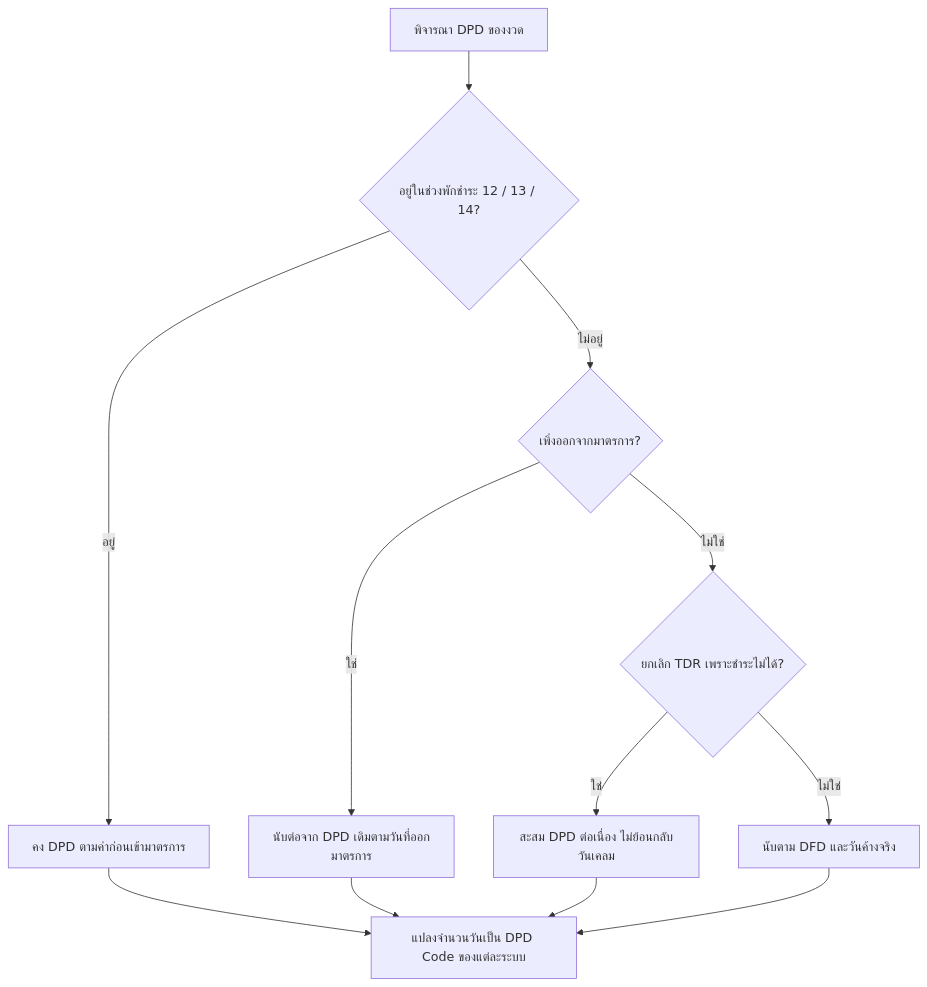
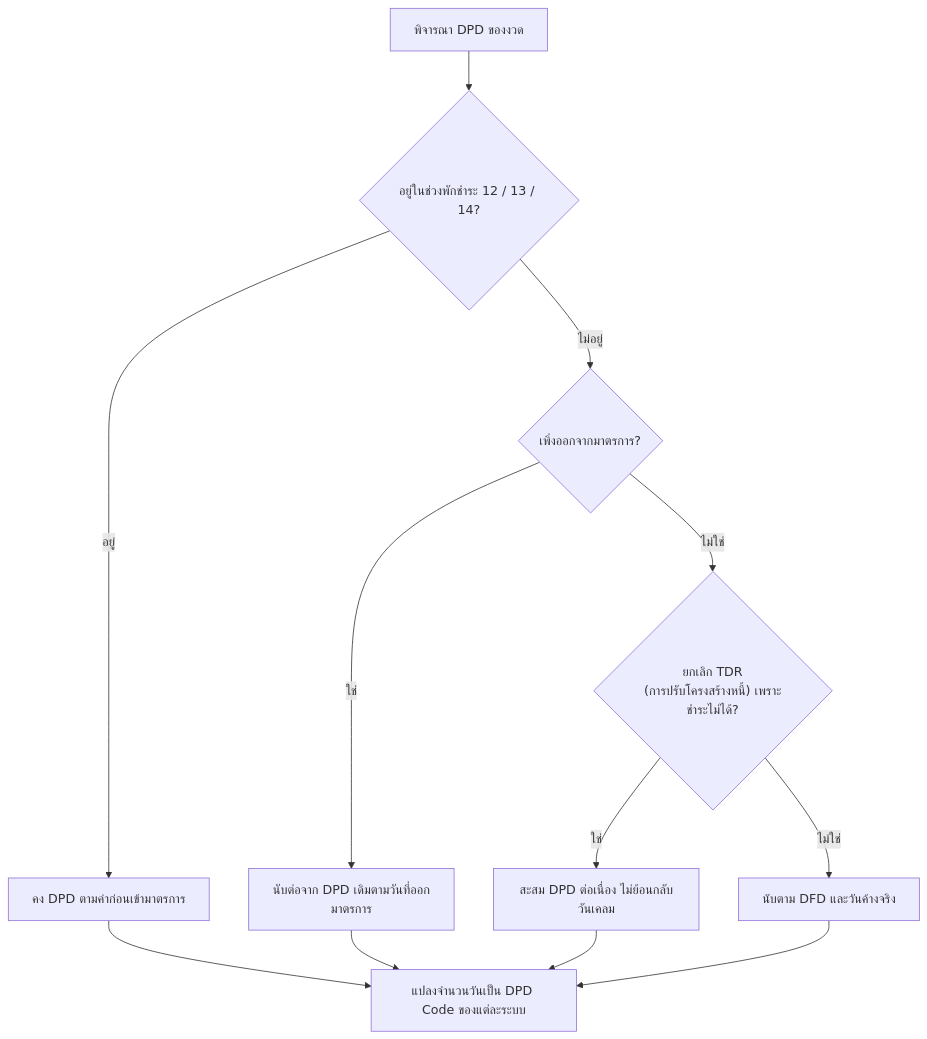
The third of 4 diagrams in app/business-rules/page.mdx (yukasung/eodncb), drawn with Mermaid before and after one commit. The commit also changed other lines of this file and 14 other files, not shown here.

````diff
--- a/app/business-rules/page.mdx
+++ b/app/business-rules/page.mdx
@@ -65,15 +65,15 @@
 ```mermaid
 %%{init: {"flowchart": {"useMaxWidth": false}}}%%
 flowchart TD
     A[พิจารณา DPD ของงวด] --> B{อยู่ในช่วงพักชำระ 12 / 13 / 14?}
     B -->|อยู่| C[คง DPD ตามค่าก่อนเข้ามาตรการ]
     B -->|ไม่อยู่| D{เพิ่งออกจากมาตรการ?}
     D -->|ใช่| E[นับต่อจาก DPD เดิมตามวันที่ออกมาตรการ]
-    D -->|ไม่ใช่| F{ยกเลิก TDR เพราะชำระไม่ได้?}
+    D -->|ไม่ใช่| F{"ยกเลิก TDR<br/>(การปรับโครงสร้างหนี้) เพราะชำระไม่ได้?"}
     F -->|ใช่| G[สะสม DPD ต่อเนื่อง ไม่ย้อนกลับวันเคลม]
     F -->|ไม่ใช่| H[นับตาม DFD และวันค้างจริง]
     C --> I[แปลงจำนวนวันเป็น DPD Code ของแต่ละระบบ]
     E --> I
     G --> I
     H --> I
 ```
````
